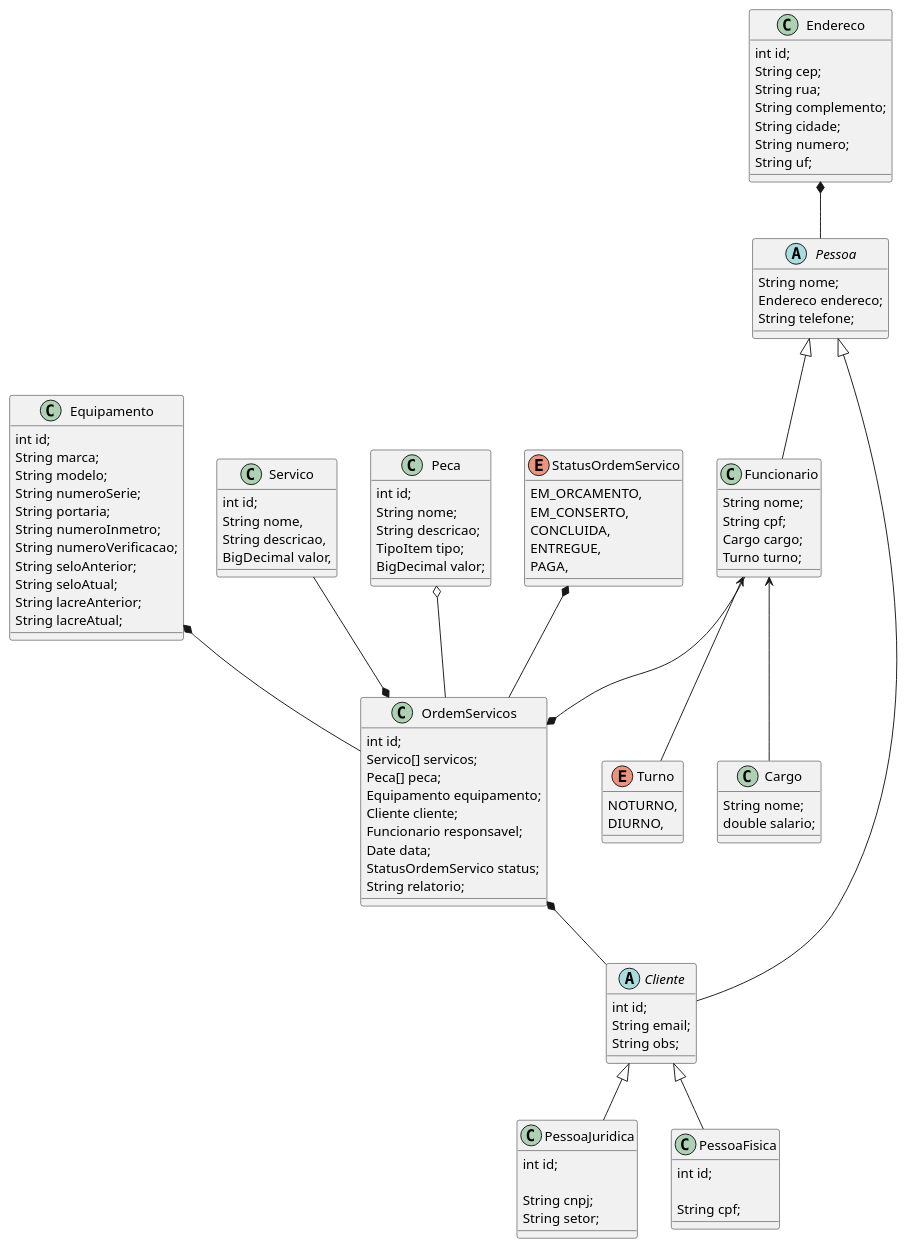
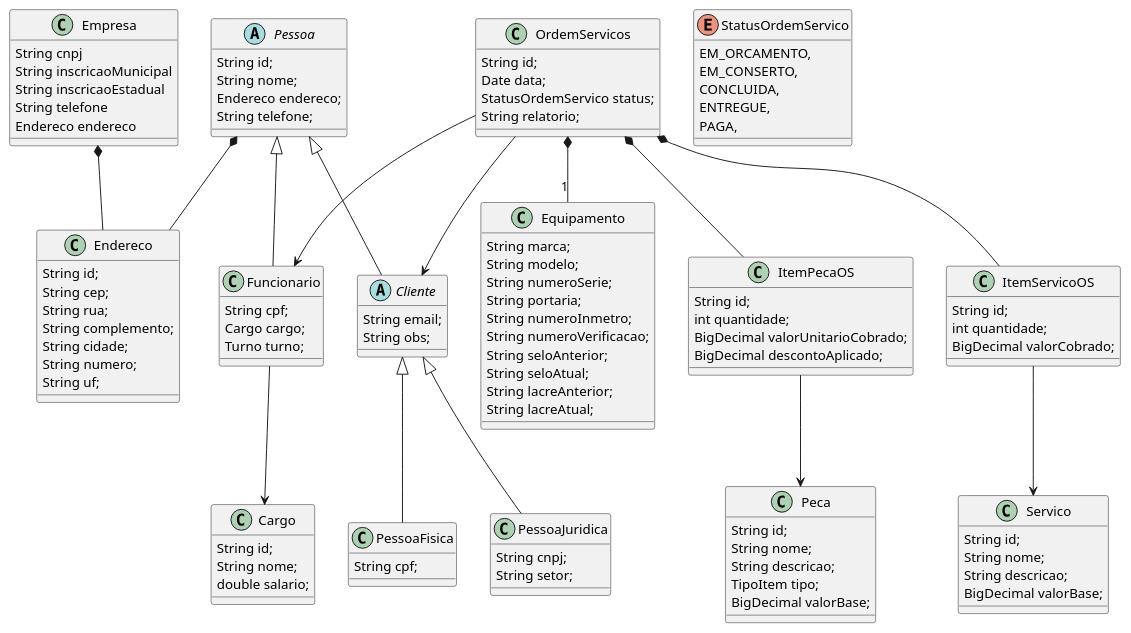
The diagram in diagramas/class-diagram.puml (CS-PI-2026-Argonautas/docs), drawn with PlantUML before and after one commit.

Commit message:
Alterações nos relacionamentos, String id para uso de UUID, Adição de classes intermediarias para registro histórico das OSs

```diff
--- a/diagramas/class-diagram.puml
+++ b/diagramas/class-diagram.puml
@@ -1,125 +1,131 @@
 @startuml class
 
 abstract class Pessoa{
+  String id;
   String nome;
   Endereco endereco;
   String telefone;
 }
 
 class Funcionario{
-
-  String nome;
   String cpf;
   Cargo cargo;
   Turno turno;
-
-}
-
-enum Turno{
-  NOTURNO,
-  DIURNO,
 }
 
 class Cargo{
+  String id;
   String nome;
   double salario;
 }
 
 abstract class Cliente{
-  int id;
   String email;
   String obs;
-
 }
 
 class PessoaJuridica {
-  int id;
-  
   String cnpj;
   String setor;
 }
 
 class PessoaFisica{
-  int id;
-
   String cpf;
 }
 
 class OrdemServicos{
-  int id;
-  Servico[] servicos;
-  Peca[] peca;
-  Equipamento equipamento;
-  Cliente cliente;
-  Funcionario responsavel;
+  String id;
   Date data;
   StatusOrdemServico status;
   String relatorio;
 }
 
+class ItemPecaOS{
+  String id;
+  int quantidade;
+  BigDecimal valorUnitarioCobrado;
+  BigDecimal descontoAplicado;
+}
+
+class ItemServicoOS{
+  String id;
+  int quantidade;
+  BigDecimal valorCobrado;
+}
+
 class Equipamento {
-  int id;
   String marca;
   String modelo;
   String numeroSerie;
   String portaria;
   String numeroInmetro;
   String numeroVerificacao;
   String seloAnterior;
   String seloAtual;
   String lacreAnterior;
   String lacreAtual;
 }
 
 class Endereco {
-  int id;
+  String id;
   String cep;
   String rua;
   String complemento;
   String cidade;
   String numero;
   String uf;
 }
 
 class Servico{
-  int id;
-  String nome,
-  String descricao,
-  BigDecimal valor,
+  String id;
+  String nome;
+  String descricao;
+  BigDecimal valorBase;
 }
 
 class Peca{
-  int id;
+  String id;
   String nome;
   String descricao;
   TipoItem tipo;
-  BigDecimal valor;
+  BigDecimal valorBase;
 }
 
 enum StatusOrdemServico {
-  EM_ORCAMENTO, 
+  EM_ORCAMENTO,
   EM_CONSERTO,
   CONCLUIDA,
   ENTREGUE,
   PAGA,
 }
 
+class Empresa {
+  String cnpj
+  String inscricaoMunicipal
+  String inscricaoEstadual
+  String telefone
+  Endereco endereco
+}
+
+Pessoa <|-- Cliente
+Pessoa <|-- Funcionario
 Cliente <|-- PessoaFisica
 Cliente <|-- PessoaJuridica
-Servico --* OrdemServicos
-Funcionario --* OrdemServicos
 
-Funcionario <-- Turno
-Funcionario <-- Cargo
+Funcionario --> Cargo
 
-Equipamento *-- OrdemServicos
-StatusOrdemServico *-- OrdemServicos
-Endereco *-- Pessoa
-Peca o-- OrdemServicos
+OrdemServicos --> Cliente
+OrdemServicos --> Funcionario 
 
-OrdemServicos *-- Cliente
+OrdemServicos *-- "1" Equipamento 
 
-Pessoa <|-- Funcionario
-Cliente --|> Pessoa
+OrdemServicos *-- ItemPecaOS 
+ItemPecaOS --> Peca 
+
+OrdemServicos *-- ItemServicoOS
+ItemServicoOS --> Servico
+
+Pessoa *-- Endereco 
+Empresa *-- Endereco 
 
 @enduml
```
